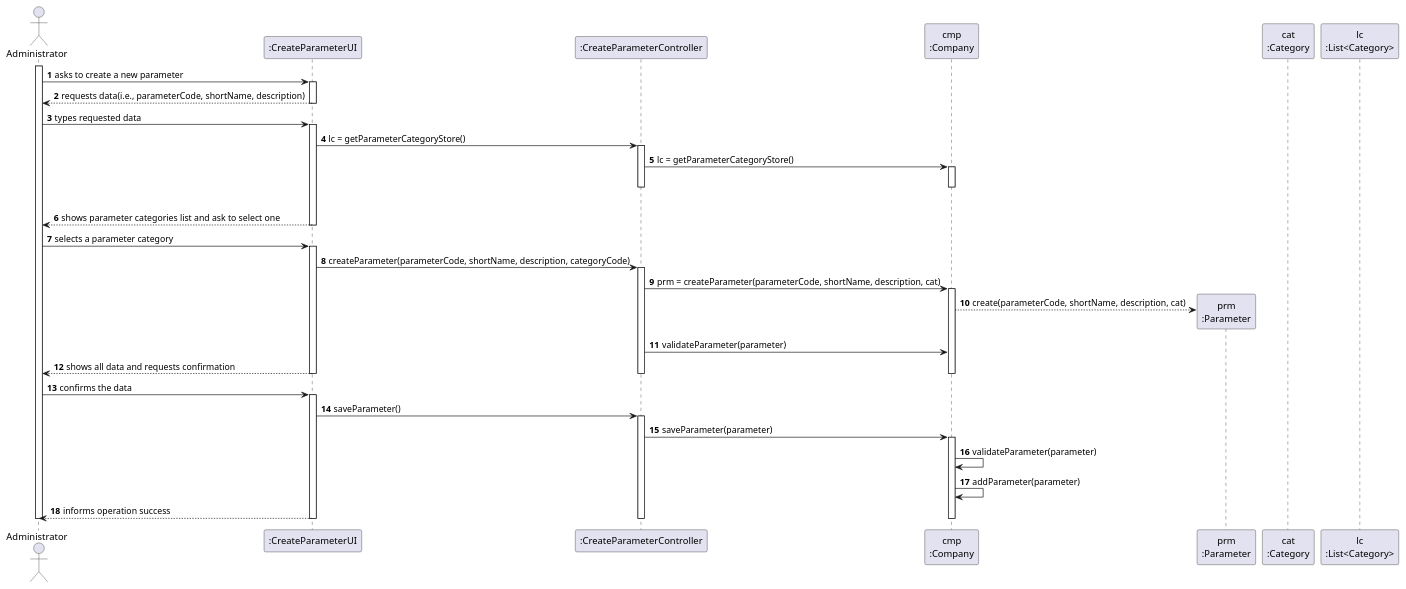
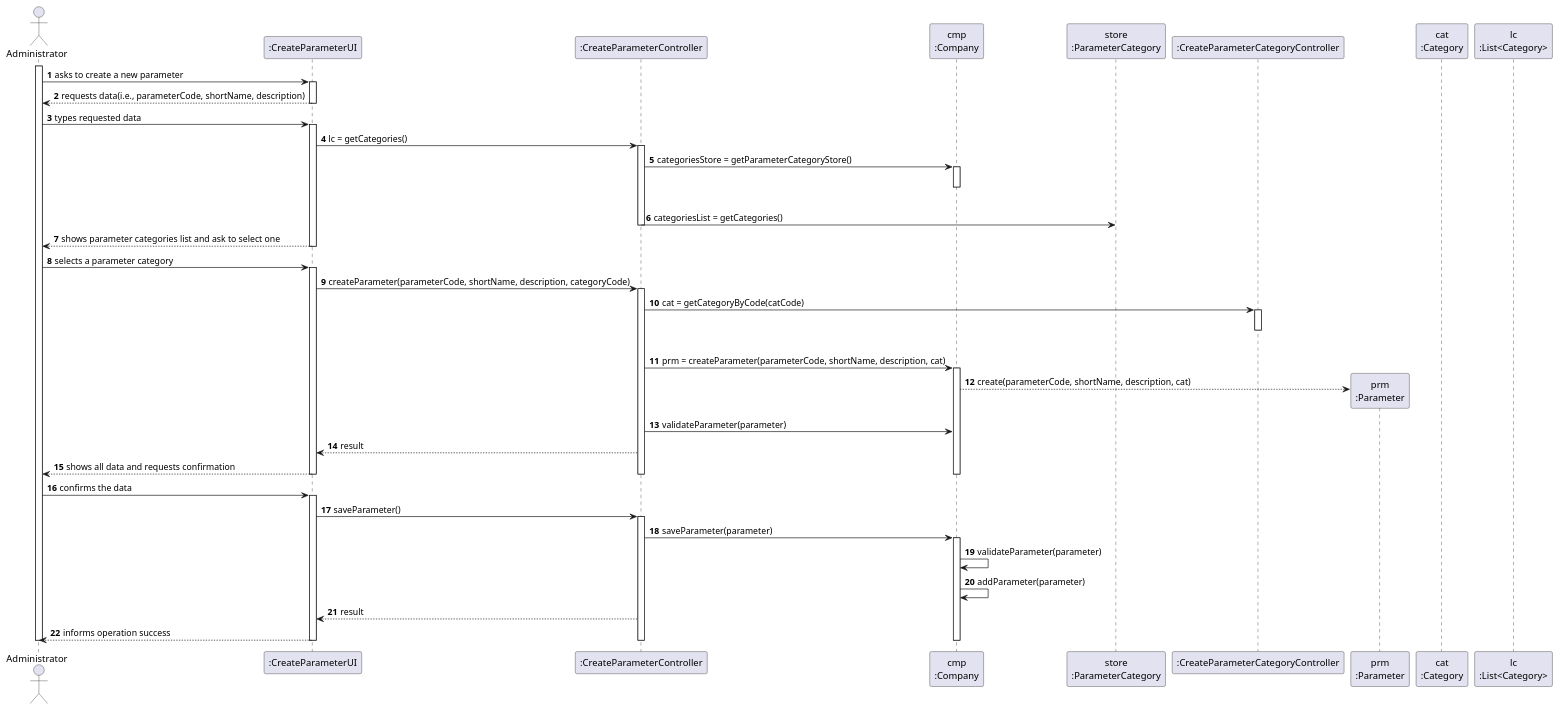
Before and after one commit to ana-albergaria/LAPR2-ISEP: the diagram in docs/SprintB/US_10/US10_SD.puml, drawn with PlantUML. The commit also changed 11 other files, not shown here.

```diff
--- a/docs/SprintB/US_10/US10_SD.puml
+++ b/docs/SprintB/US_10/US10_SD.puml
@@ -1,94 +1,97 @@
 @startuml
 autonumber
 'hide footbox
 actor "Administrator" as ADM
 
 participant ":CreateParameterUI" as UI
 participant ":CreateParameterController" as CTRL
+participant "cmp\n:Company" as CMP
+participant "store\n:ParameterCategory" as store
+participant ":CreateParameterCategoryController" as PCCTRL
 'participant "ApplicationPOT" as _APP
 'participant "app\n:ApplicationPOT" as APP
 'participant "session\n:UserSession" as SESSION
-participant "cmp\n:Company" as CMP
 'participant ":Platform" as PLAT
 participant "prm\n:Parameter" as PRM
 participant "cat\n:Category" as CAT
 participant "lc\n:List<Category>" as LIST_CAT
 
 activate ADM
 ADM -> UI : asks to create a new parameter
 activate UI
 UI --> ADM : requests data(i.e., parameterCode, shortName, description)
 deactivate UI
 
 ADM -> UI : types requested data
 activate UI
 
-UI -> CTRL : lc = getParameterCategoryStore()
+UI -> CTRL : lc = getCategories()
 activate CTRL
 
-CTRL -> CMP : lc = getParameterCategoryStore()
+CTRL -> CMP : categoriesStore = getParameterCategoryStore()
 activate CMP
 |||
 deactivate CMP
+CTRL -> store : categoriesList = getCategories()
 deactivate CTRL
 
 UI --> ADM : shows parameter categories list and ask to select one
 deactivate CMP
 deactivate UI
 
 ADM -> UI : selects a parameter category
 activate UI
 
 UI -> CTRL : createParameter(parameterCode, shortName, description, categoryCode)
 activate CTRL
 
-'CTRL -> CMP : cat = getCategoryByCode(code)
-'activate CMP
-'|||
-'deactivate CMP
+CTRL -> PCCTRL : cat = getCategoryByCode(catCode)
+activate PCCTRL
+|||
+deactivate PCCTRL
 
 'CTRL -> _APP: app = getInstance()
 'activate _APP
 '|||
 'deactivate _APP
 
 'CTRL -> APP: session = getCurrentSession()
 'activate APP
 '|||
 'deactivate APP
 
 CTRL -> CMP: prm = createParameter(parameterCode, shortName, description, cat)
 activate CMP
 
 CMP --> PRM**: create(parameterCode, shortName, description, cat)
 CTRL -> CMP: validateParameter(parameter)
 
-'CTRL --> UI: result
+CTRL --> UI: result
 
 UI --> ADM: shows all data and requests confirmation
 deactivate CMP
 'deactivate PLAT
 deactivate CTRL
 deactivate UI
 
 ADM -> UI : confirms the data
 activate UI
 UI -> CTRL : saveParameter()
 activate CTRL
 
 CTRL -> CMP : saveParameter(parameter)
 activate CMP
 
 CMP -> CMP: validateParameter(parameter)
 CMP -> CMP: addParameter(parameter)
 
-'CTRL --> UI: result
+CTRL --> UI: result
 
 UI --> ADM : informs operation success
 deactivate CMP
 deactivate CTRL
 deactivate UI
 
 deactivate ADM
 
 @enduml
```
